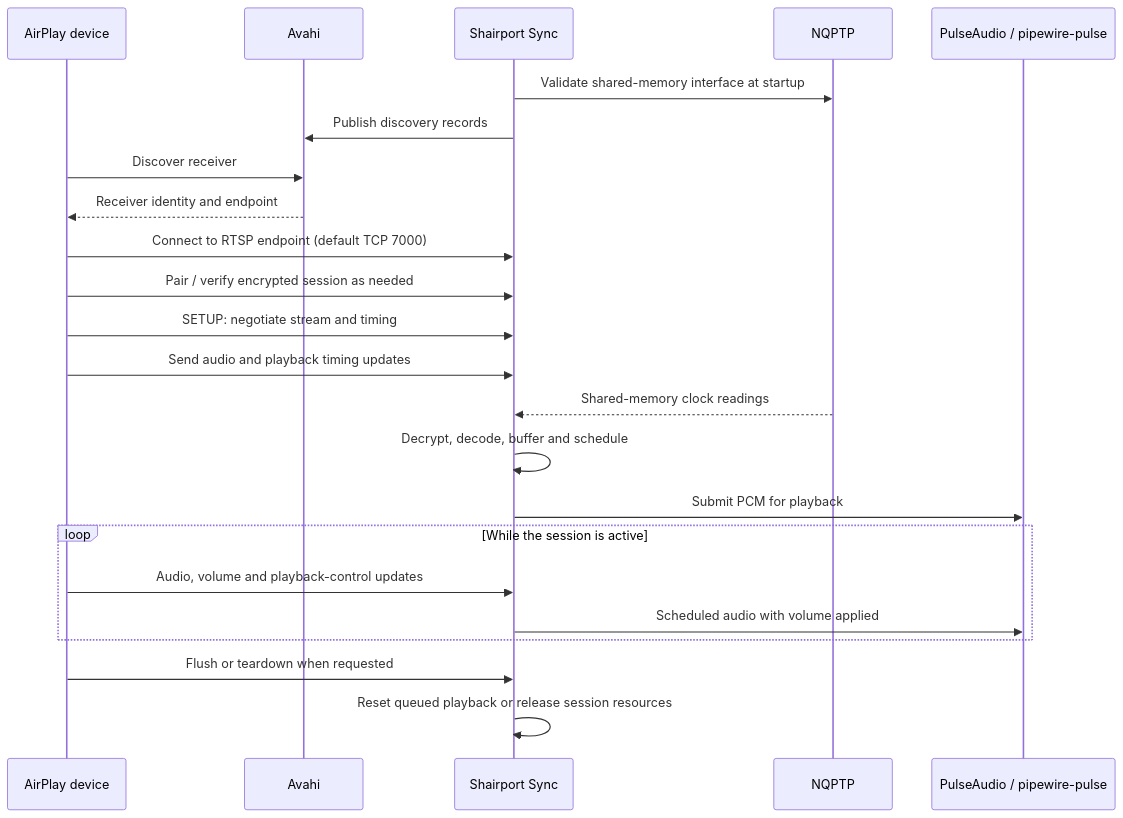
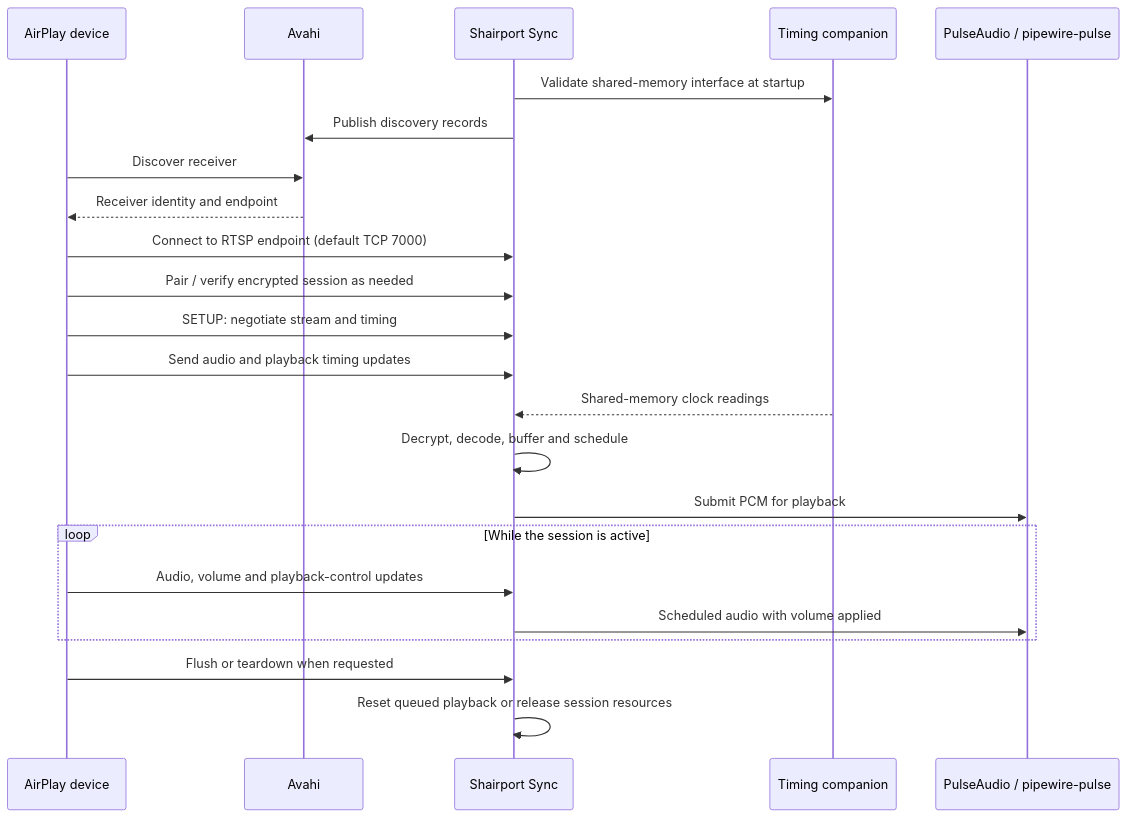
The second of 4 diagrams in README.md (gstn-caruso/shairport-sync), drawn with Mermaid before and after one commit. The commit also changed other lines of this file, not shown here.

Commit message:
docs: describe integrated timing companion by its role (#46)

````diff
--- a/README.md
+++ b/README.md
@@ -77,25 +80,25 @@
 ```mermaid
 sequenceDiagram
     participant S as AirPlay device
     participant A as Avahi
     participant R as Shairport Sync
-    participant N as NQPTP
+    participant N as Timing companion
     participant P as PulseAudio / pipewire-pulse
     R->>N: Validate shared-memory interface at startup
     R->>A: Publish discovery records
     S->>A: Discover receiver
     A-->>S: Receiver identity and endpoint
     S->>R: Connect to RTSP endpoint (default TCP 7000)
     S->>R: Pair / verify encrypted session as needed
     S->>R: SETUP: negotiate stream and timing
     S->>R: Send audio and playback timing updates
     N-->>R: Shared-memory clock readings
     R->>R: Decrypt, decode, buffer and schedule
     R->>P: Submit PCM for playback
     loop While the session is active
         S->>R: Audio, volume and playback-control updates
         R->>P: Scheduled audio with volume applied
     end
     S->>R: Flush or teardown when requested
     R->>R: Reset queued playback or release session resources
 ```
````
